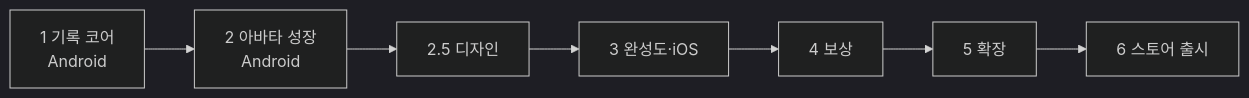
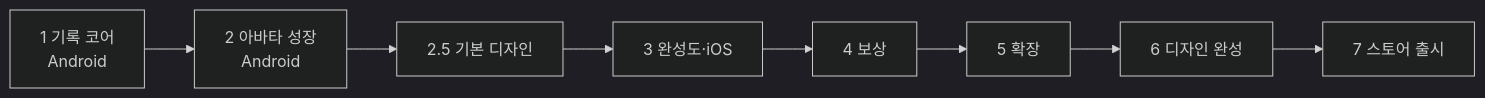
One commit to dhkim1522/runmagochi changed the diagram in docs/roadmap.md. Above: the diagram before and after it, drawn with Mermaid (dark theme). The commit also changed other lines of this file and 4 other files, not shown here.

````diff
--- a/docs/roadmap.md
+++ b/docs/roadmap.md
@@ -13,9 +13,10 @@
 ```mermaid
 flowchart LR
     P1["1 기록 코어<br/>Android"] --> P2["2 아바타 성장<br/>Android"]
-    P2 --> P25["2.5 디자인"]
+    P2 --> P25["2.5 기본 디자인"]
     P25 --> P3["3 완성도·iOS"]
     P3 --> P4["4 보상"]
     P4 --> P5["5 확장"]
-    P5 --> P6["6 스토어 출시"]
+    P5 --> P6["6 디자인 완성"]
+    P6 --> P7["7 스토어 출시"]
 ```
````
